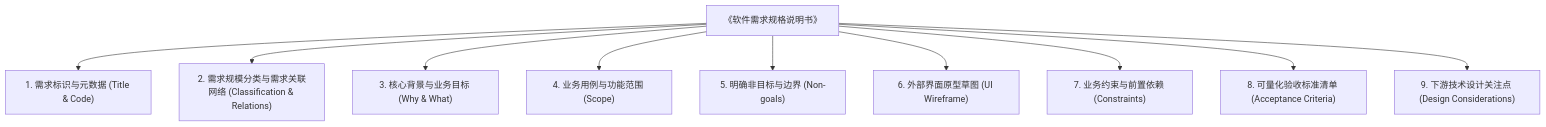
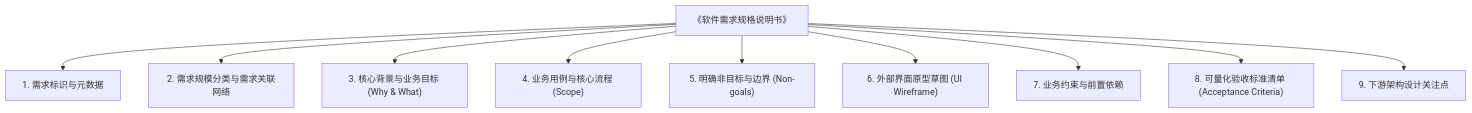
One commit to xiaobaiworld/autodev changed the diagram in docs/modules/requirements/feishu-requirement-bot.md. Above: the diagram before and after it, drawn with Mermaid. The commit also changed other lines of this file and 6 other files, not shown here.

````diff
--- a/docs/modules/requirements/feishu-requirement-bot.md
+++ b/docs/modules/requirements/feishu-requirement-bot.md
@@ -31,13 +31,13 @@
 ```mermaid
 flowchart TD
     Doc["《软件需求规格说明书》"]
-    Doc --> C1["1. 需求标识与元数据 (Title & Code)"]
-    Doc --> C2["2. 需求规模分类与需求关联网络 (Classification & Relations)"]
+    Doc --> C1["1. 需求标识与元数据"]
+    Doc --> C2["2. 需求规模分类与需求关联网络"]
     Doc --> C3["3. 核心背景与业务目标 (Why & What)"]
-    Doc --> C4["4. 业务用例与功能范围 (Scope)"]
+    Doc --> C4["4. 业务用例与核心流程 (Scope)"]
     Doc --> C5["5. 明确非目标与边界 (Non-goals)"]
     Doc --> C6["6. 外部界面原型草图 (UI Wireframe)"]
-    Doc --> C7["7. 业务约束与前置依赖 (Constraints)"]
+    Doc --> C7["7. 业务约束与前置依赖"]
     Doc --> C8["8. 可量化验收标准清单 (Acceptance Criteria)"]
-    Doc --> C9["9. 下游技术设计关注点 (Design Considerations)"]
+    Doc --> C9["9. 下游架构设计关注点"]
 ```
````
